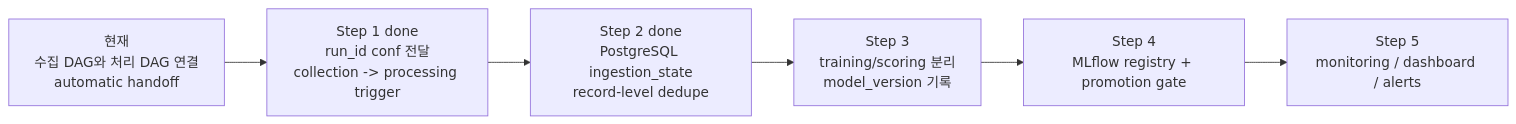
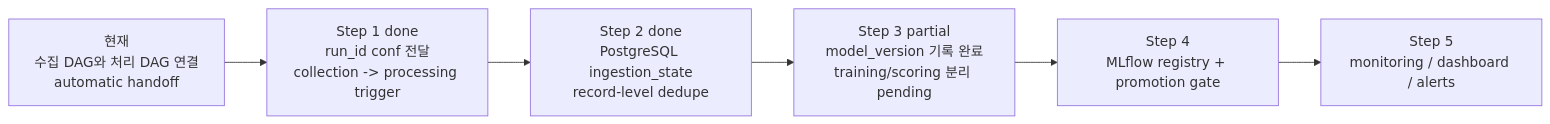
Before and after one commit to belucent0/vehicle-recall-risk-mlops: the fifth of 5 diagrams in docs/ARCHITECTURE_VISUALIZATION.md, drawn with Mermaid. The commit also changed other lines of this file and 18 other files, not shown here.

Commit message:
Add model version metadata to scoring outputs

````diff
--- a/docs/ARCHITECTURE_VISUALIZATION.md
+++ b/docs/ARCHITECTURE_VISUALIZATION.md
@@ -290,11 +290,11 @@
 ```mermaid
 flowchart LR
     s0["현재<br/>수집 DAG와 처리 DAG 연결<br/>automatic handoff"]
     s1["Step 1 done<br/>run_id conf 전달<br/>collection -> processing trigger"]
     s2["Step 2 done<br/>PostgreSQL ingestion_state<br/>record-level dedupe"]
-    s3["Step 3<br/>training/scoring 분리<br/>model_version 기록"]
+    s3["Step 3 partial<br/>model_version 기록 완료<br/>training/scoring 분리 pending"]
     s4["Step 4<br/>MLflow registry + promotion gate"]
     s5["Step 5<br/>monitoring / dashboard / alerts"]
 
     s0 --> s1 --> s2 --> s3 --> s4 --> s5
 ```
````
